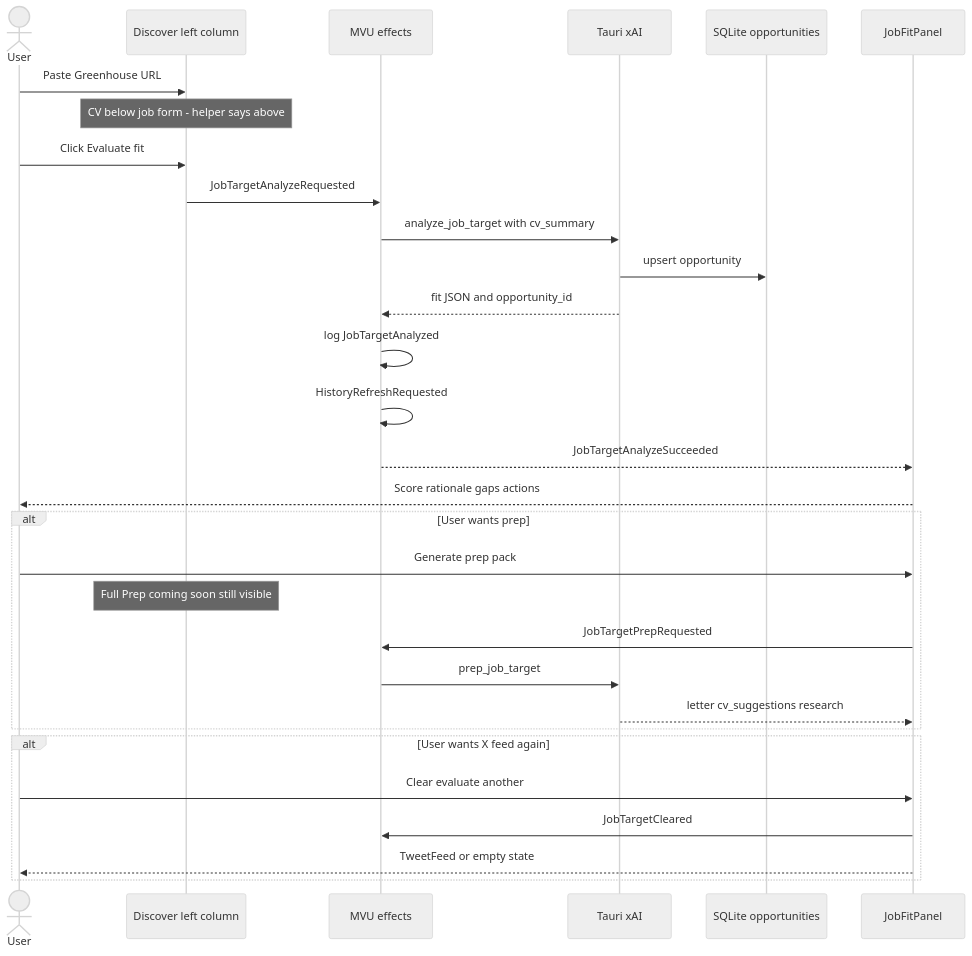
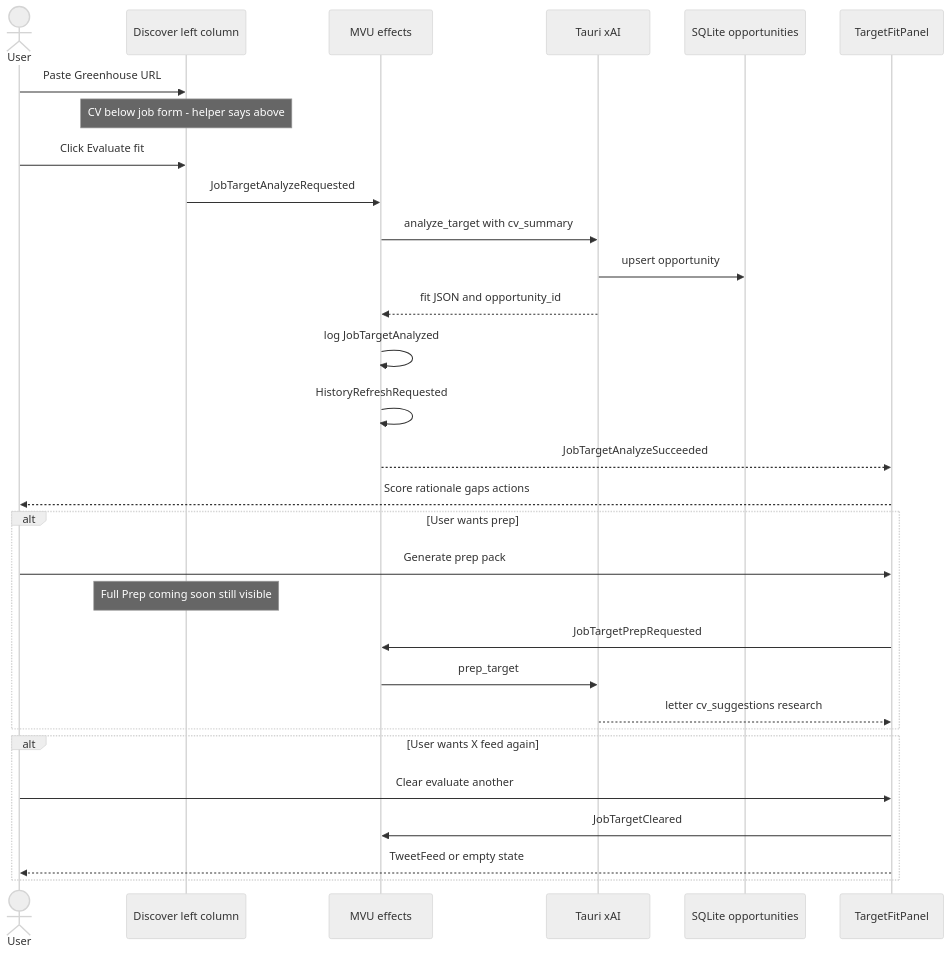
The second of 6 diagrams in reports/ux-review-v0.1-dogfood.md (p10ns11y/collab-finder), drawn with Mermaid (neutral theme) before and after one commit. The commit also changed other lines of this file and 31 other files, not shown here.

First line of the commit message:
chore: deepest clean of legacy terminology (Job/JobTarget -> Opportunity/Target, Hunt -> Xplore)

````diff
--- a/reports/ux-review-v0.1-dogfood.md
+++ b/reports/ux-review-v0.1-dogfood.md
@@ -109,35 +109,35 @@
 ```mermaid
 sequenceDiagram
   actor User
   participant Left as Discover left column
   participant MVU as MVU effects
   participant Rust as Tauri xAI
   participant DB as SQLite opportunities
-  participant Right as JobFitPanel
+  participant Right as TargetFitPanel
 
   User->>Left: Paste Greenhouse URL
   Note over Left: CV below job form - helper says above
   User->>Left: Click Evaluate fit
   Left->>MVU: JobTargetAnalyzeRequested
-  MVU->>Rust: analyze_job_target with cv_summary
+  MVU->>Rust: analyze_target with cv_summary
   Rust->>DB: upsert opportunity
   Rust-->>MVU: fit JSON and opportunity_id
   MVU->>MVU: log JobTargetAnalyzed
   MVU->>MVU: HistoryRefreshRequested
   MVU-->>Right: JobTargetAnalyzeSucceeded
   Right-->>User: Score rationale gaps actions
 
   alt User wants prep
     User->>Right: Generate prep pack
     Note over Left: Full Prep coming soon still visible
     Right->>MVU: JobTargetPrepRequested
-    MVU->>Rust: prep_job_target
+    MVU->>Rust: prep_target
     Rust-->>Right: letter cv_suggestions research
   end
 
   alt User wants X feed again
     User->>Right: Clear evaluate another
     Right->>MVU: JobTargetCleared
     Right-->>User: TweetFeed or empty state
   end
 ```
````
